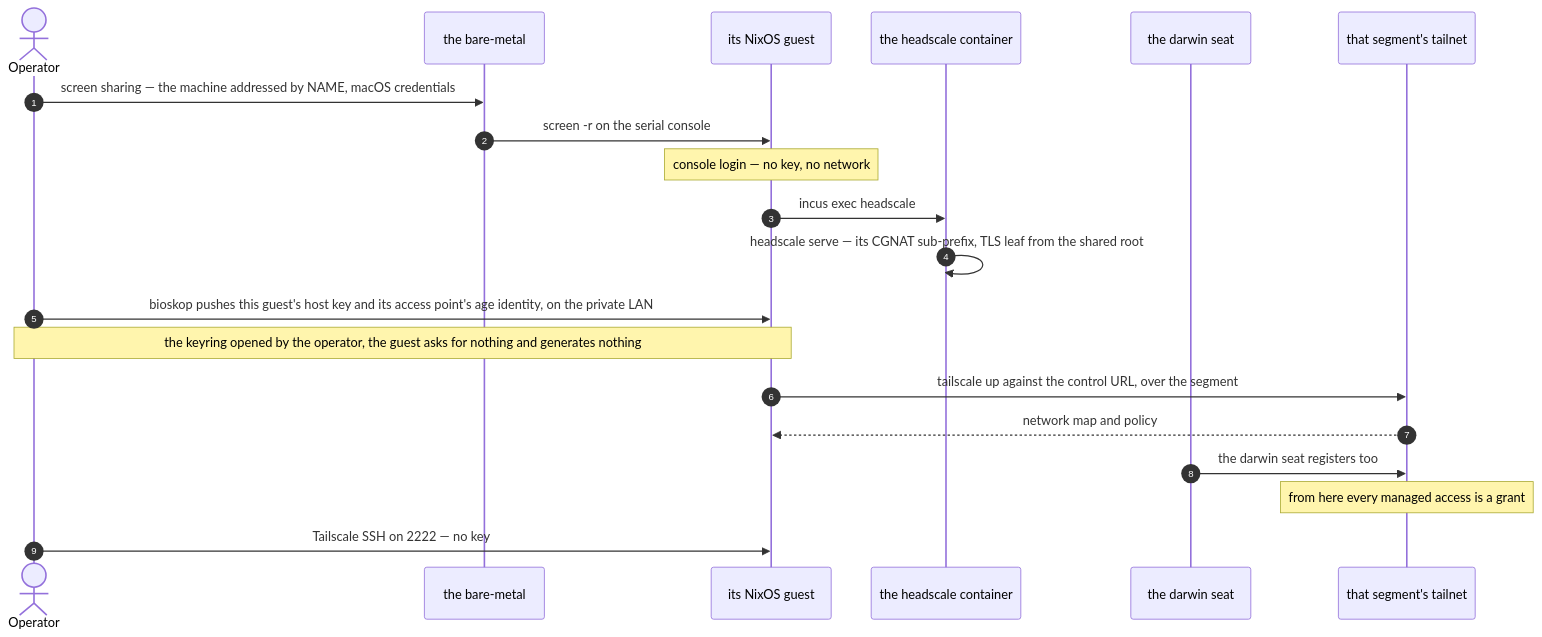
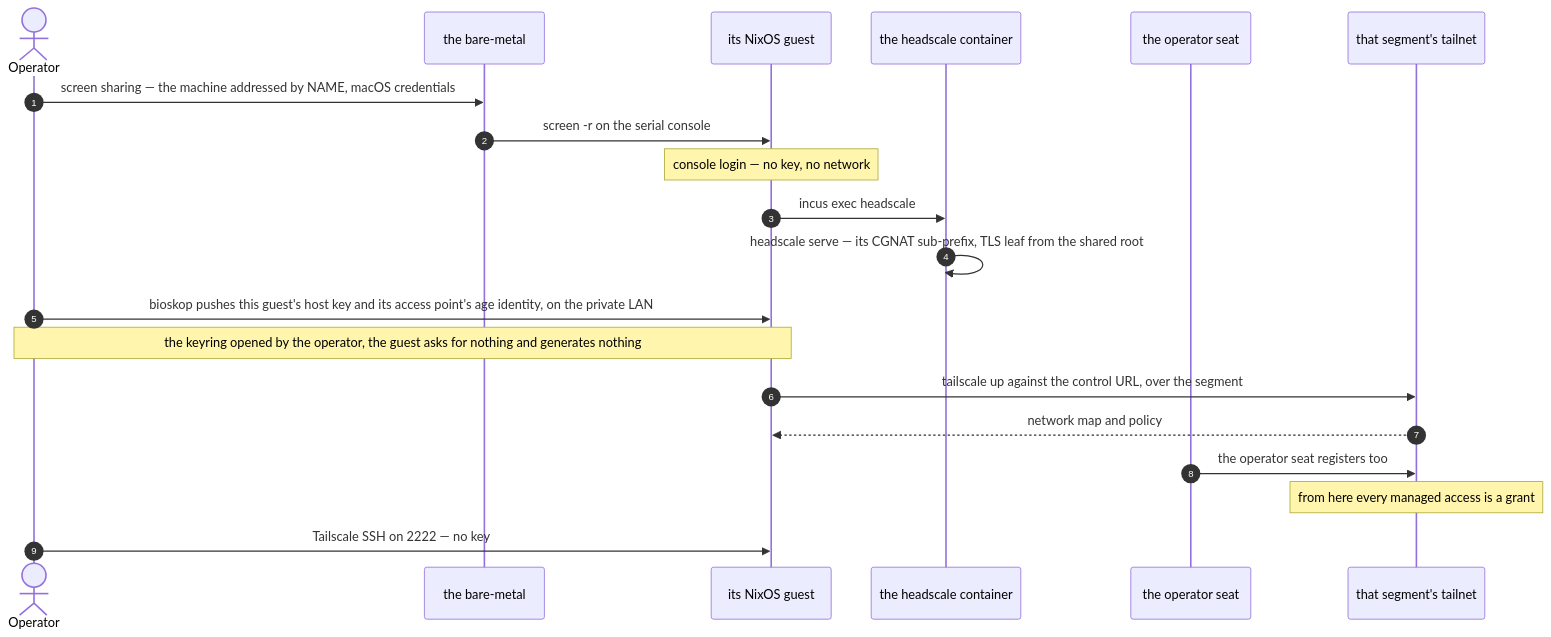
One commit to seedmatic/ndh changed the eighth of 12 diagrams in docs/fabric-control-plane-spec.adoc. Above: the diagram before and after it, drawn with Mermaid. The commit also changed other lines of this file and 47 other files, not shown here.

```diff
--- a/docs/fabric-control-plane-spec.adoc
+++ b/docs/fabric-control-plane-spec.adoc
@@ -688,24 +688,24 @@
 [mermaid]
 ....
 sequenceDiagram
   autonumber
   actor O as Operator
   participant B as the bare-metal
   participant V as its NixOS guest
   participant C as the headscale container
-  participant S as the darwin seat
+  participant S as the operator seat
   participant T as that segment's tailnet
 
   O->>B: screen sharing — the machine addressed by NAME, macOS credentials
   B->>V: screen -r on the serial console
   Note over V: console login — no key, no network
   V->>C: incus exec headscale
   C->>C: headscale serve — its CGNAT sub-prefix, TLS leaf from the shared root
   O->>V: bioskop pushes this guest's host key and its access point's age identity, on the private LAN
   Note over O,V: the keyring opened by the operator, the guest asks for nothing and generates nothing
   V->>T: tailscale up against the control URL, over the segment
   T-->>V: network map and policy
-  S->>T: the darwin seat registers too
+  S->>T: the operator seat registers too
   Note over T: from here every managed access is a grant
   O->>V: Tailscale SSH on 2222 — no key
 ....
```
